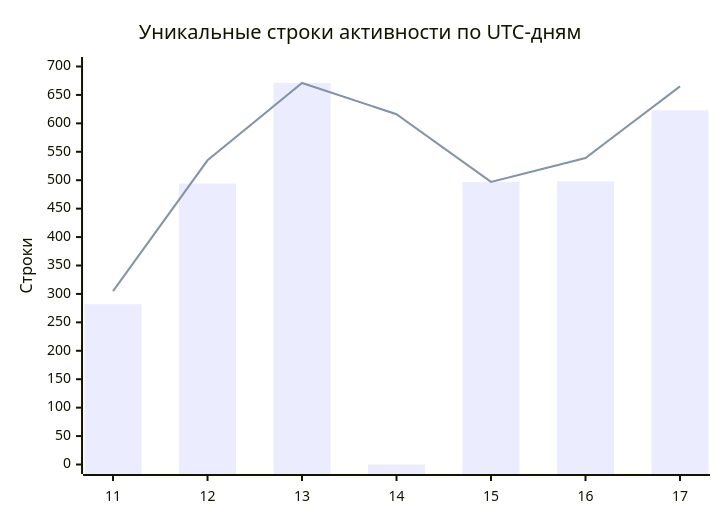
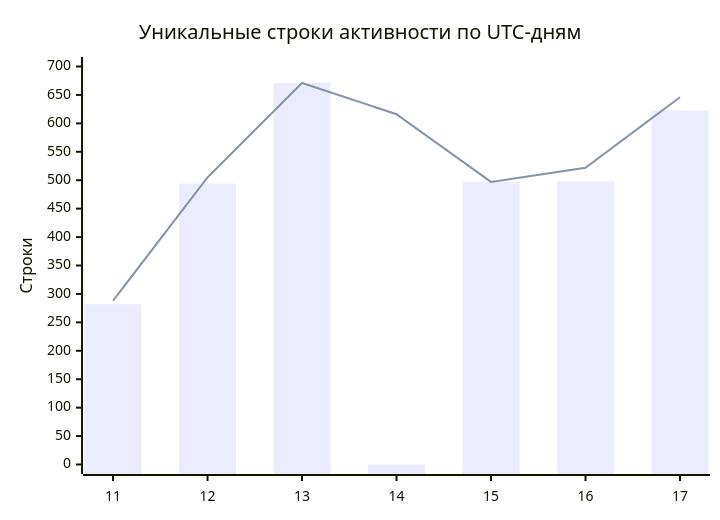
One commit to qerasu/copytrade-strategy changed the first of 3 diagrams in REPORT.md. Above: the diagram before and after it, drawn with Mermaid. The commit also changed other lines of this file and 3 other files, not shown here.

````diff
--- a/REPORT.md
+++ b/REPORT.md
@@ -18,8 +22,8 @@
 ```mermaid
 xychart-beta
     title "Уникальные строки активности по UTC-дням"
     x-axis ["11", "12", "13", "14", "15", "16", "17"]
     y-axis "Строки" 0 --> 700
     bar [282, 494, 671, 0, 497, 498, 623]
-    line [305, 535, 671, 616, 497, 539, 665]
+    line [288, 505, 671, 616, 497, 522, 646]
 ```
````
